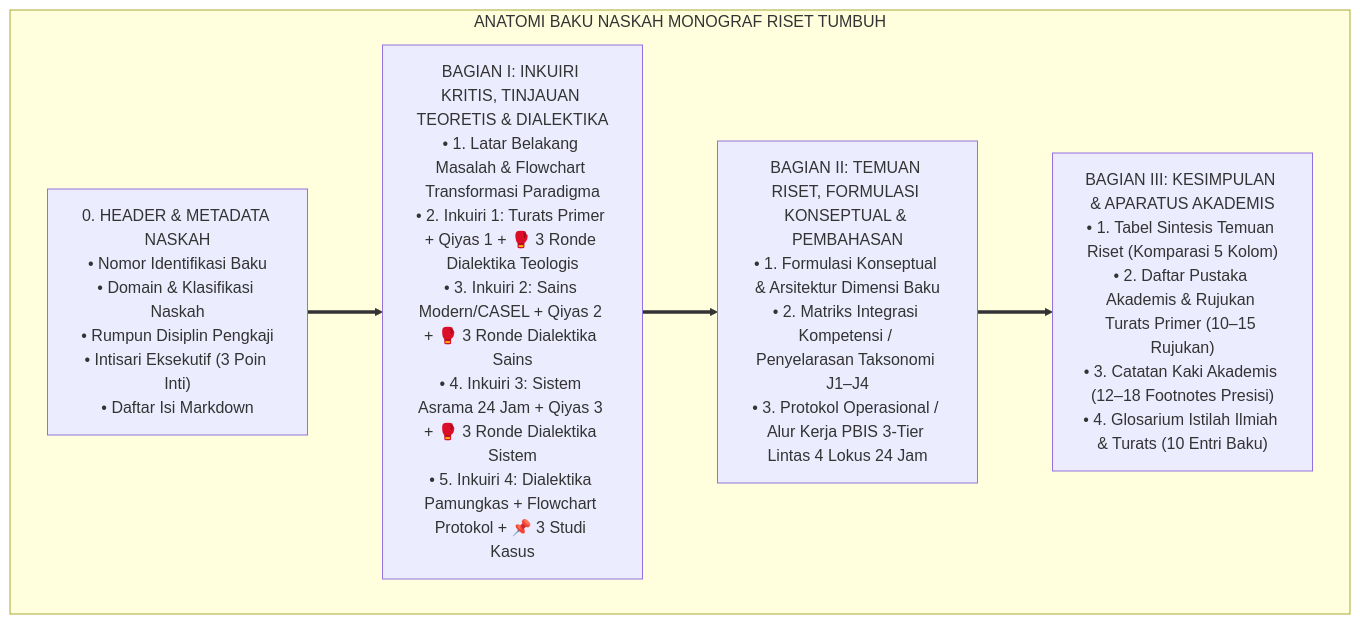
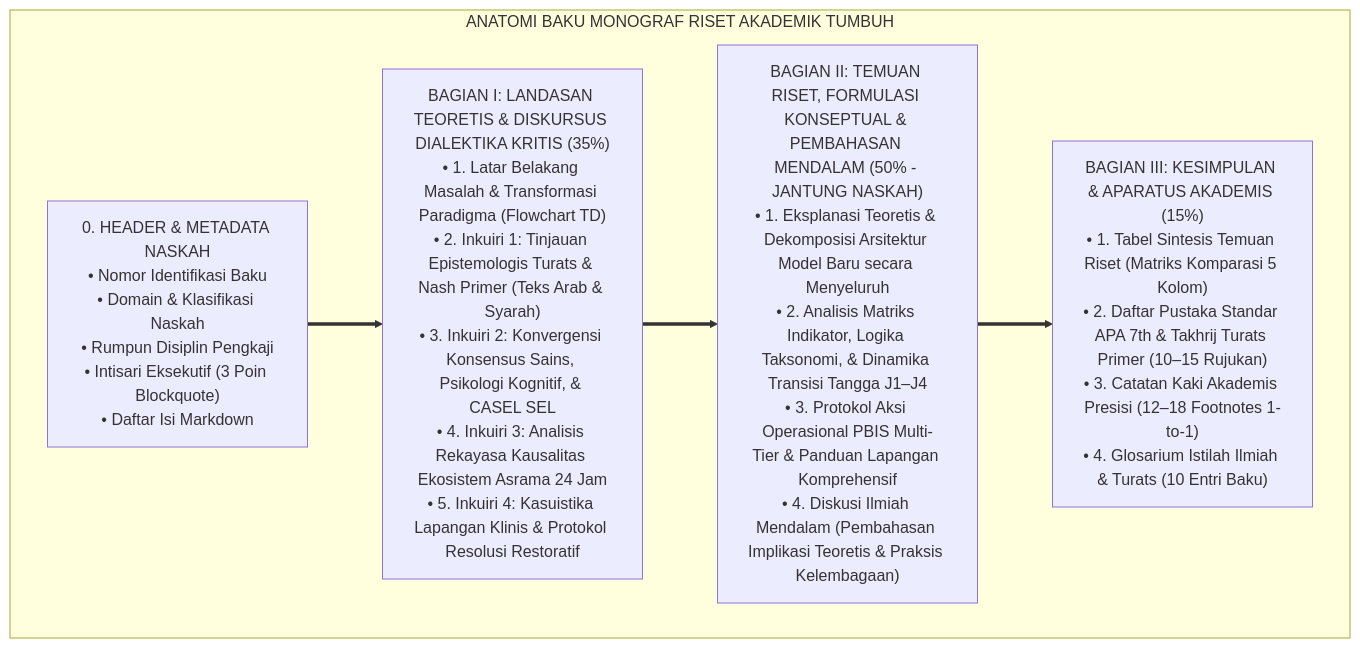
The diagram in METHODOLOGY/Workflow-Isi-Penelitian-dan-Struktur-Monograf-Baku.md (wandiapriliyandi/tumbuh), drawn with Mermaid before and after one commit. The commit also changed other lines of this file and 8 other files, not shown here.

Commit message:
feat(philosophy): rekonstruksi total sub-domain 01 Hakikat Realitas (P1-01-01) standar monograf riset akademik murni

````diff
--- a/METHODOLOGY/Workflow-Isi-Penelitian-dan-Struktur-Monograf-Baku.md
+++ b/METHODOLOGY/Workflow-Isi-Penelitian-dan-Struktur-Monograf-Baku.md
@@ -46,14 +39,14 @@
 ```mermaid
 flowchart TD
-    subgraph AnatomiMonografTUMBUH["ANATOMI BAKU NASKAH MONOGRAF RISET TUMBUH"]
-        Header["0. HEADER & METADATA NASKAH<br/>• Nomor Identifikasi Baku<br/>• Domain & Klasifikasi Naskah<br/>• Rumpun Disiplin Pengkaji<br/>• Intisari Eksekutif (3 Poin Inti)<br/>• Daftar Isi Markdown"]
+    subgraph AnatomiMonografTUMBUH["ANATOMI BAKU MONOGRAF RISET AKADEMIK TUMBUH"]
+        Header["0. HEADER & METADATA NASKAH<br/>• Nomor Identifikasi Baku<br/>• Domain & Klasifikasi Naskah<br/>• Rumpun Disiplin Pengkaji<br/>• Intisari Eksekutif (3 Poin Blockquote)<br/>• Daftar Isi Markdown"]
         
-        Bagian1["BAGIAN I: INKUIRI KRITIS, TINJAUAN TEORETIS & DIALEKTIKA<br/>• 1. Latar Belakang Masalah & Flowchart Transformasi Paradigma<br/>• 2. Inkuiri 1: Turats Primer + Qiyas 1 + 🥊 3 Ronde Dialektika Teologis<br/>• 3. Inkuiri 2: Sains Modern/CASEL + Qiyas 2 + 🥊 3 Ronde Dialektika Sains<br/>• 4. Inkuiri 3: Sistem Asrama 24 Jam + Qiyas 3 + 🥊 3 Ronde Dialektika Sistem<br/>• 5. Inkuiri 4: Dialektika Pamungkas + Flowchart Protokol + 📌 3 Studi Kasus"]
+        Bagian1["BAGIAN I: LANDASAN TEORETIS & DISKURSUS DIALEKTIKA KRITIS (35%)<br/>• 1. Latar Belakang Masalah & Transformasi Paradigma (Flowchart TD)<br/>• 2. Inkuiri 1: Tinjauan Epistemologis Turats & Nash Primer (Teks Arab & Syarah)<br/>• 3. Inkuiri 2: Konvergensi Konsensus Sains, Psikologi Kognitif, & CASEL SEL<br/>• 4. Inkuiri 3: Analisis Rekayasa Kausalitas Ekosistem Asrama 24 Jam<br/>• 5. Inkuiri 4: Kasuistika Lapangan Klinis & Protokol Resolusi Restoratif"]
         
-        Bagian2["BAGIAN II: TEMUAN RISET, FORMULASI KONSEPTUAL & PEMBAHASAN<br/>• 1. Formulasi Konseptual & Arsitektur Dimensi Baku<br/>• 2. Matriks Integrasi Kompetensi / Penyelarasan Taksonomi J1–J4<br/>• 3. Protokol Operasional / Alur Kerja PBIS 3-Tier Lintas 4 Lokus 24 Jam"]
+        Bagian2["BAGIAN II: TEMUAN RISET, FORMULASI KONSEPTUAL & PEMBAHASAN MENDALAM (50% - JANTUNG NASKAH)<br/>• 1. Eksplanasi Teoretis & Dekomposisi Arsitektur Model Baru secara Menyeluruh<br/>• 2. Analisis Matriks Indikator, Logika Taksonomi, & Dinamika Transisi Tangga J1–J4<br/>• 3. Protokol Aksi Operasional PBIS Multi-Tier & Panduan Lapangan Komprehensif<br/>• 4. Diskusi Ilmiah Mendalam (Pembahasan Implikasi Teoretis & Praksis Kelembagaan)"]
         
-        Bagian3["BAGIAN III: KESIMPULAN & APARATUS AKADEMIS<br/>• 1. Tabel Sintesis Temuan Riset (Komparasi 5 Kolom)<br/>• 2. Daftar Pustaka Akademis & Rujukan Turats Primer (10–15 Rujukan)<br/>• 3. Catatan Kaki Akademis (12–18 Footnotes Presisi)<br/>• 4. Glosarium Istilah Ilmiah & Turats (10 Entri Baku)"]
+        Bagian3["BAGIAN III: KESIMPULAN & APARATUS AKADEMIS (15%)<br/>• 1. Tabel Sintesis Temuan Riset (Matriks Komparasi 5 Kolom)<br/>• 2. Daftar Pustaka Standar APA 7th & Takhrij Turats Primer (10–15 Rujukan)<br/>• 3. Catatan Kaki Akademis Presisi (12–18 Footnotes 1-to-1)<br/>• 4. Glosarium Istilah Ilmiah & Turats (10 Entri Baku)"]
         
         Header ==> Bagian1 ==> Bagian2 ==> Bagian3
     end
 ```
````
